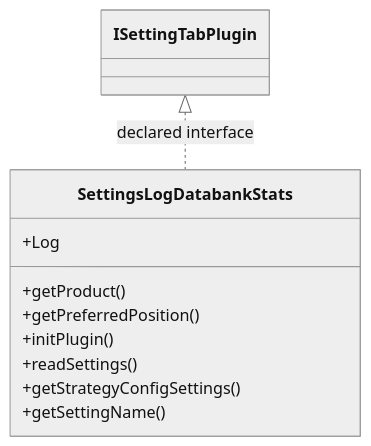
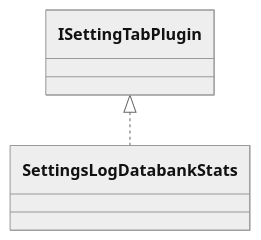
One commit to haruperi/HaruQuantAI changed the diagram in docs/sqx/Shared/SettingsLogDatabankStats.md. Above: the diagram before and after it, drawn with Mermaid (neutral theme). The commit also changed other lines of this file and 1688 other files, not shown here.

````diff
--- a/docs/sqx/Shared/SettingsLogDatabankStats.md
+++ b/docs/sqx/Shared/SettingsLogDatabankStats.md
@@ -30,14 +26,6 @@
 ```mermaid
 classDiagram
-    class Cd45051d82875["SettingsLogDatabankStats"] {
-        +Log
-        +getProduct()
-        +getPreferredPosition()
-        +initPlugin()
-        +readSettings()
-        +getStrategyConfigSettings()
-        +getSettingName()
-    }
-    class C27734eb41505["ISettingTabPlugin"]
-    C27734eb41505 <|.. Cd45051d82875 : declared interface
+    class C0["SettingsLogDatabankStats"]
+    class E0["ISettingTabPlugin"]
+    E0 <|.. C0
 ```
````
